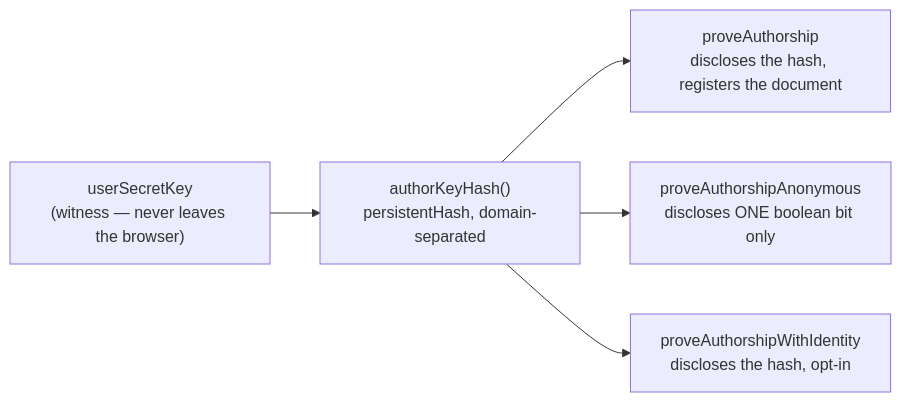
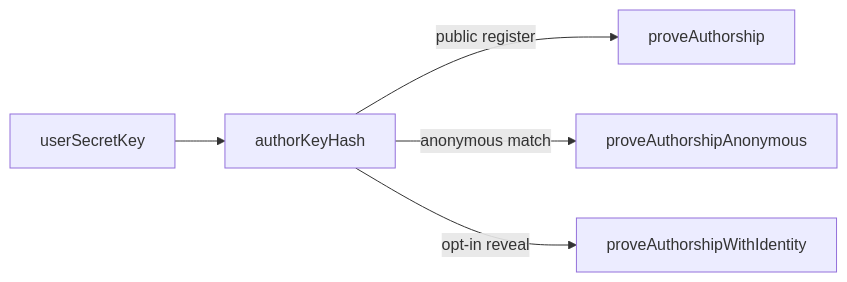
Before and after one commit to Nanle-code/privatescroll: the second of 4 diagrams in README.md, drawn with Mermaid. The commit also changed other lines of this file, not shown here.

First line of the commit message:
Tighten README diagrams so nothing gets clipped by GitHub's viewer

````diff
--- a/README.md
+++ b/README.md
@@ -111,7 +111,7 @@
 ```mermaid
 flowchart LR
-    Secret["userSecretKey<br/>(witness — never leaves the browser)"] --> Hash["authorKeyHash()<br/>persistentHash, domain-separated"]
-    Hash --> Reg["proveAuthorship<br/>discloses the hash, registers the document"]
-    Hash --> Anon["proveAuthorshipAnonymous<br/>discloses ONE boolean bit only"]
-    Hash --> Ident["proveAuthorshipWithIdentity<br/>discloses the hash, opt-in"]
+    Secret[userSecretKey] --> Hash[authorKeyHash]
+    Hash -- public register --> Reg[proveAuthorship]
+    Hash -- anonymous match --> Anon[proveAuthorshipAnonymous]
+    Hash -- opt-in reveal --> Ident[proveAuthorshipWithIdentity]
 ```
````
